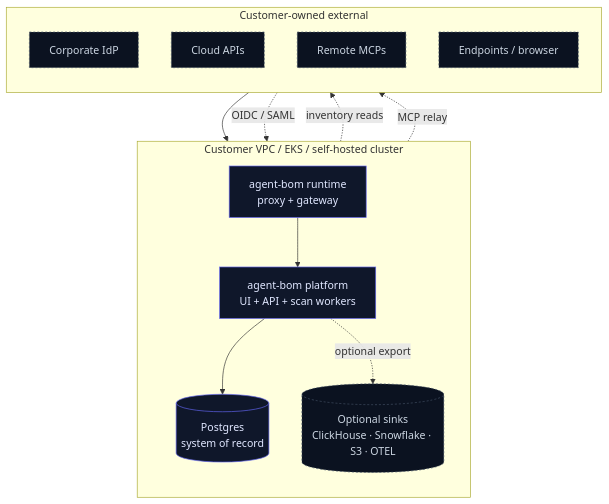
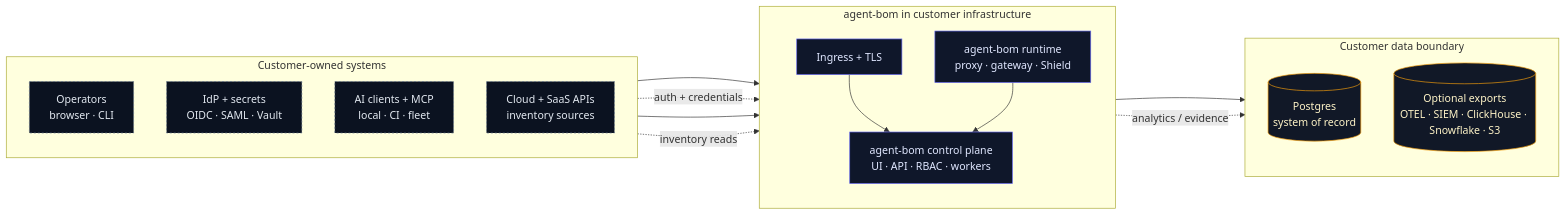
Before and after one commit to msaad00/agent-bom: the first of 2 diagrams in site-docs/deployment/overview.md, drawn with Mermaid. The commit also changed other lines of this file, not shown here.

First line of the commit message:
docs(deployment): clarify self-hosted workflow diagrams (#2705)

````diff
--- a/site-docs/deployment/overview.md
+++ b/site-docs/deployment/overview.md
@@ -121,29 +118,34 @@
 ```mermaid
-flowchart TB
+flowchart LR
+    classDef cust fill:#0b1220,stroke:#64748b,color:#e2e8f0,stroke-dasharray:3 3
     classDef ab fill:#0f172a,stroke:#6366f1,color:#e0e7ff
-    classDef cust fill:#0b1220,stroke:#475569,color:#cbd5e1,stroke-dasharray:3 3
+    classDef data fill:#111827,stroke:#f59e0b,color:#fef3c7
 
-    subgraph Customer["Customer VPC / EKS / self-hosted cluster"]
+    subgraph CustomerOwned["Customer-owned systems"]
       direction TB
-      Platform["agent-bom platform<br/>UI + API + scan workers"]:::ab
-      Runtime["agent-bom runtime<br/>proxy + gateway"]:::ab
-      Postgres[("Postgres<br/>system of record")]:::ab
-      Sinks[("Optional sinks<br/>ClickHouse · Snowflake · S3 · OTEL")]:::cust
+      Operators["Operators<br/>browser · CLI"]:::cust
+      Identity["IdP + secrets<br/>OIDC · SAML · Vault"]:::cust
+      Workloads["AI clients + MCP<br/>local · CI · fleet"]:::cust
+      Cloud["Cloud + SaaS APIs<br/>inventory sources"]:::cust
     end
 
-    subgraph External["Customer-owned external"]
+    subgraph AgentBom["agent-bom in customer infrastructure"]
       direction TB
-      IdP["Corporate IdP"]:::cust
-      Cloud["Cloud APIs"]:::cust
-      Remote["Remote MCPs"]:::cust
-      Endpoints["Endpoints / browser"]:::cust
+      Ingress["Ingress + TLS"]:::ab
+      Control["agent-bom control plane<br/>UI · API · RBAC · workers"]:::ab
+      Runtime["agent-bom runtime<br/>proxy · gateway · Shield"]:::ab
     end
 
-    Platform --> Postgres
-    Platform -. optional export .-> Sinks
-    Runtime --> Platform
-    Endpoints --> Platform
-    IdP -. OIDC / SAML .-> Platform
-    Platform -. inventory reads .-> Cloud
-    Runtime -. MCP relay .-> Remote
+    subgraph Storage["Customer data boundary"]
+      direction TB
+      Postgres[("Postgres<br/>system of record")]:::data
+      Exports[("Optional exports<br/>OTEL · SIEM · ClickHouse · Snowflake · S3")]:::data
+    end
+
+    Operators --> Ingress --> Control
+    Identity -. auth + credentials .-> Control
+    Workloads --> Runtime --> Control
+    Cloud -. inventory reads .-> Control
+    Control --> Postgres
+    Control -. analytics / evidence .-> Exports
 ```
````
